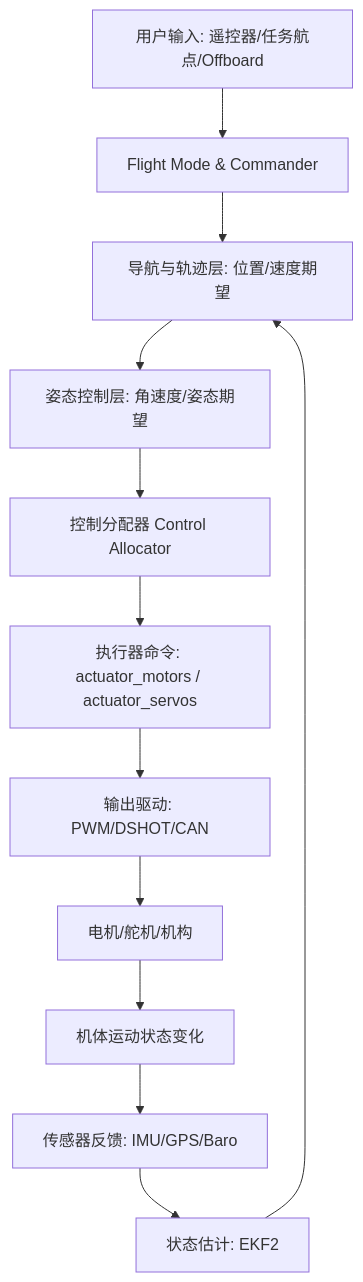
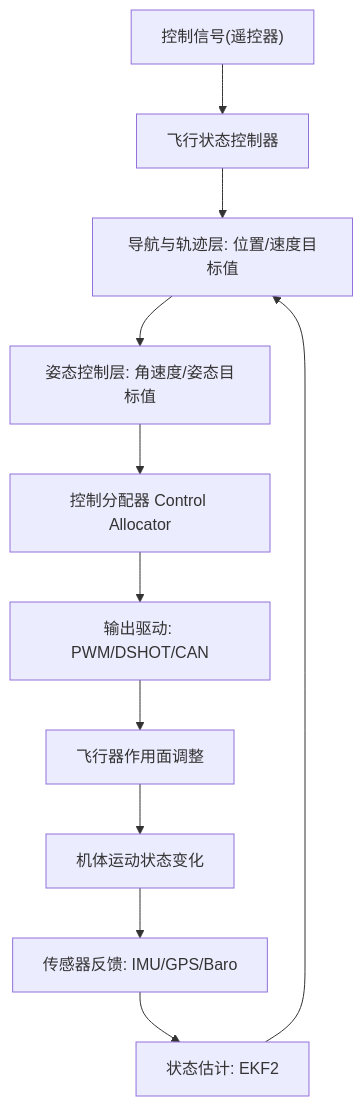
Before and after one commit to issaccheng2008/px4_v1.16: the first of 3 diagrams in 软件开发说明.md, drawn with Mermaid. The commit also changed other lines of this file, not shown here.

````diff
--- a/软件开发说明.md
+++ b/软件开发说明.md
@@ -17,16 +17,15 @@
 ```mermaid
 flowchart TB
-    A[用户输入: 遥控器/任务航点/Offboard] --> B[Flight Mode & Commander]
-    B --> C[导航与轨迹层: 位置/速度期望]
-    C --> D[姿态控制层: 角速度/姿态期望]
+    A["控制信号(遥控器)"] --> B[飞行状态控制器]
+    B --> C[导航与轨迹层: 位置/速度目标值]
+    C --> D[姿态控制层: 角速度/姿态目标值]
 
-    D --> E[控制分配器 Control Allocator]
-    E --> F[执行器命令: actuator_motors / actuator_servos]
+    D --> F[控制分配器 Control Allocator]
 
     F --> G[输出驱动: PWM/DSHOT/CAN]
-    G --> H[电机/舵机/机构]
+    G --> H[飞行器作用面调整]
     H --> I[机体运动状态变化]
     I --> J[传感器反馈: IMU/GPS/Baro]
     J --> K[状态估计: EKF2]
     K --> C
 ```
````
